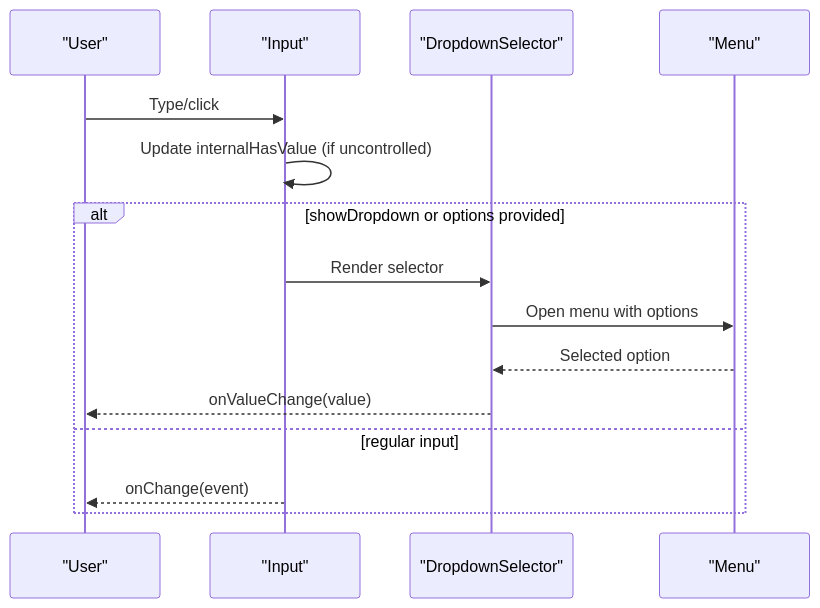
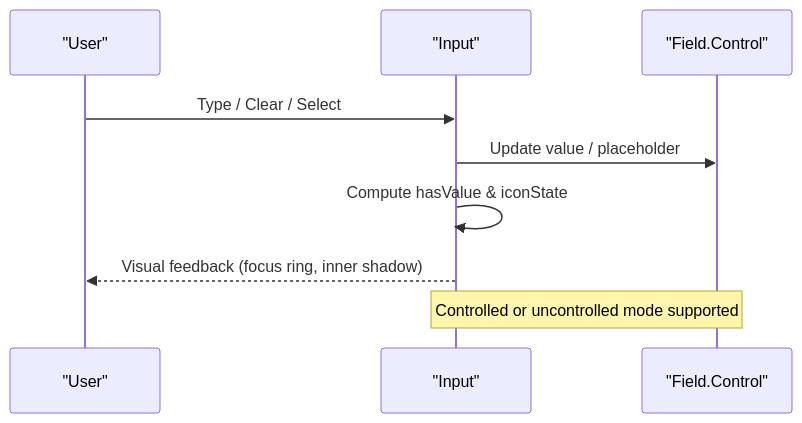
The fourth of 16 diagrams in .qoder/repowiki/en/content/Component Library/Primitive Components.md (Meaetin/alibaba-hackathon), drawn with Mermaid before and after one commit. The commit also changed other lines of this file and 241 other files, not shown here.

````diff
--- a/.qoder/repowiki/en/content/Component Library/Primitive Components.md
+++ b/.qoder/repowiki/en/content/Component Library/Primitive Components.md
@@ -283,17 +281,11 @@
 ```mermaid
 sequenceDiagram
 participant U as "User"
 participant I as "Input"
-participant DS as "DropdownSelector"
-participant M as "Menu"
-U->>I : Type/click
-I->>I : Update internalHasValue (if uncontrolled)
-alt showDropdown or options provided
-I->>DS : Render selector
-DS->>M : Open menu with options
-M-->>DS : Selected option
-DS-->>U : onValueChange(value)
-else regular input
-I-->>U : onChange(event)
-end
+participant FC as "Field.Control"
+U->>I : Type / Clear / Select
+I->>FC : Update value / placeholder
+I->>I : Compute hasValue & iconState
+I-->>U : Visual feedback (focus ring, inner shadow)
+Note over I,FC : Controlled or uncontrolled mode supported
 ```
````
